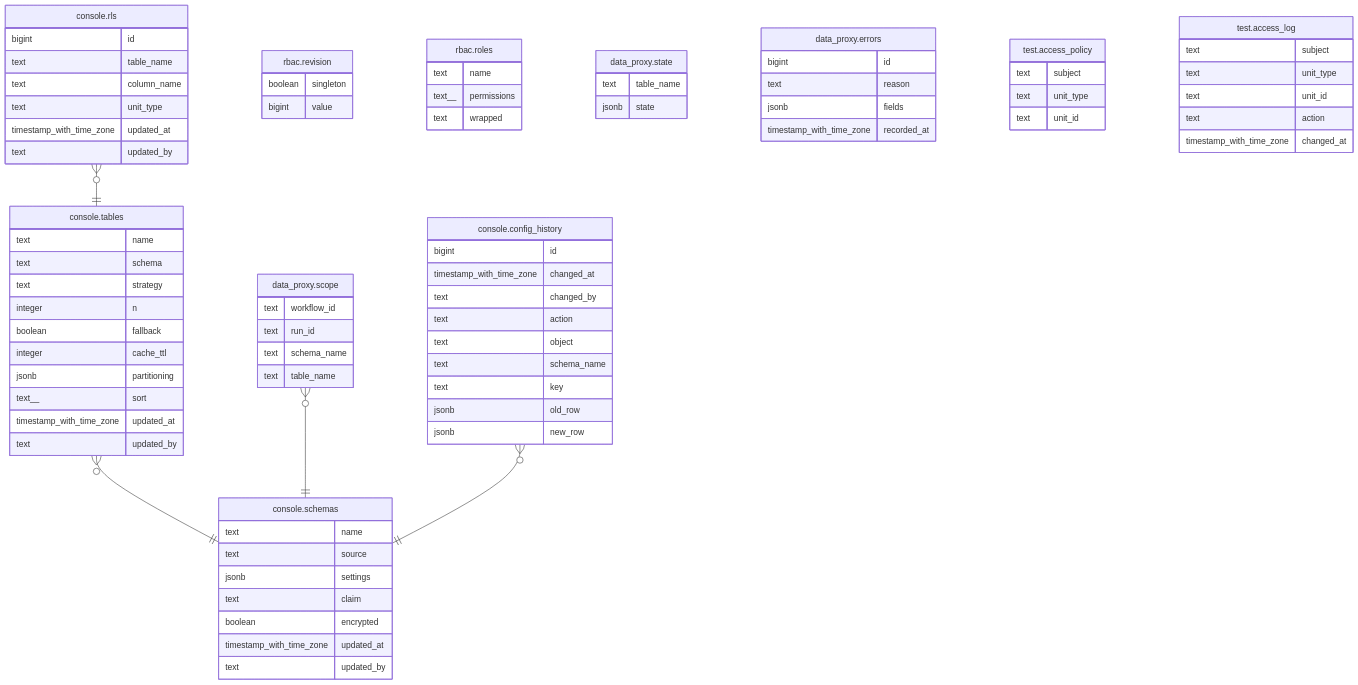
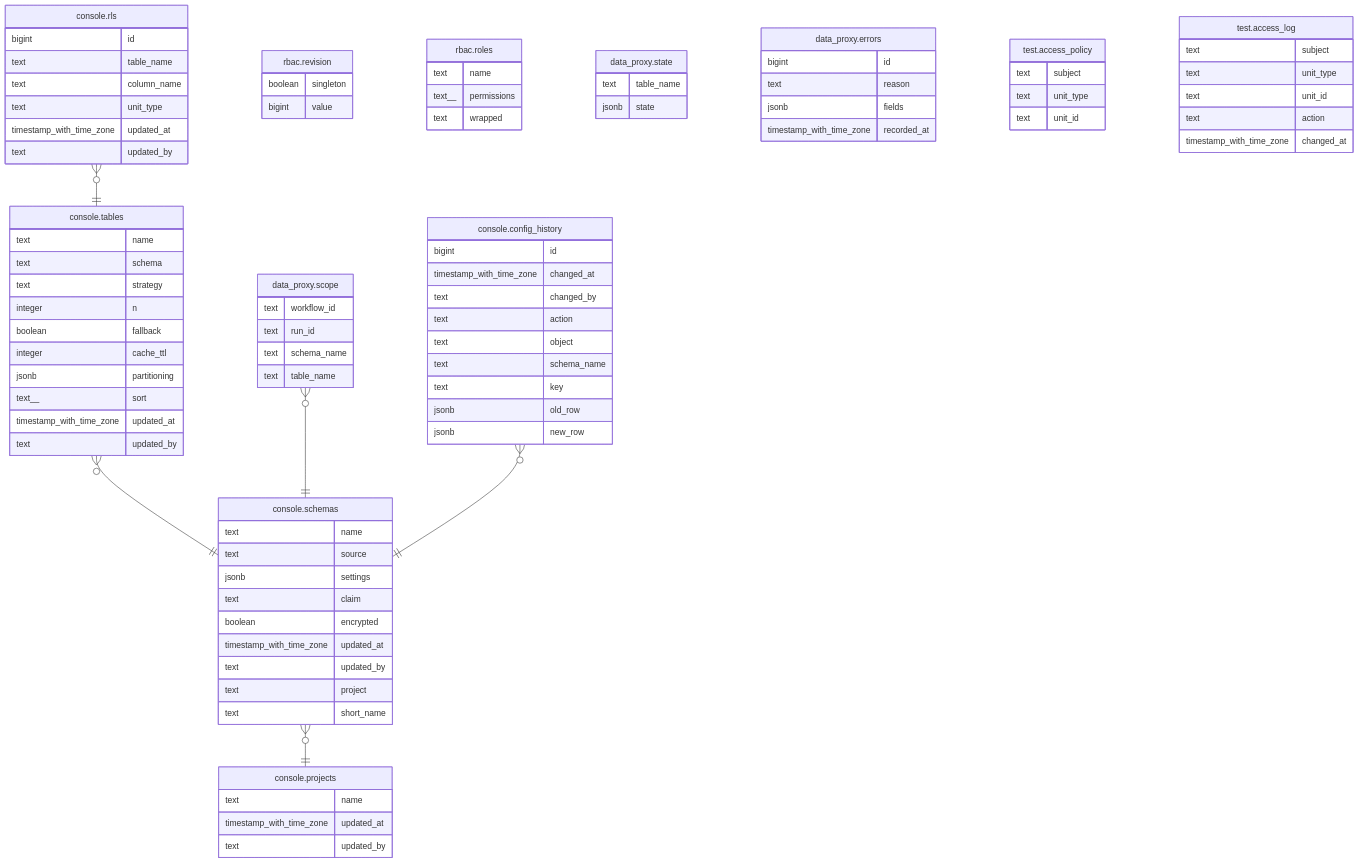
Before and after one commit to prefeitura-rio/data-proxy: the diagram in docs/diagrams/application.mmd, drawn with Mermaid. The commit also changed 38 other files, not shown here.

First line of the commit message:
feat(console): add projects above schemas

```diff
--- a/docs/diagrams/application.mmd
+++ b/docs/diagrams/application.mmd
@@ -1,84 +1,92 @@
 erDiagram
 
+"console.schemas" }o--|| "console.projects" : ""
 "console.tables" }o--|| "console.schemas" : ""
 "console.rls" }o--|| "console.tables" : ""
 "data_proxy.scope" }o--|| "console.schemas" : ""
 "console.config_history" }o--|| "console.schemas" : ""
 
 "rbac.revision" {
   boolean singleton
   bigint value
 }
 "rbac.roles" {
   text name
   text__ permissions
   text wrapped
 }
 "data_proxy.state" {
   text table_name
   jsonb state
 }
 "data_proxy.errors" {
   bigint id
   text reason
   jsonb fields
   timestamp_with_time_zone recorded_at
 }
 "data_proxy.scope" {
   text workflow_id
   text run_id
   text schema_name
   text table_name
 }
 "console.schemas" {
   text name
   text source
   jsonb settings
   text claim
   boolean encrypted
   timestamp_with_time_zone updated_at
   text updated_by
+  text project
+  text short_name
 }
 "console.tables" {
   text name
   text schema
   text strategy
   integer n
   boolean fallback
   integer cache_ttl
   jsonb partitioning
   text__ sort
   timestamp_with_time_zone updated_at
   text updated_by
 }
 "console.rls" {
   bigint id
   text table_name
   text column_name
   text unit_type
   timestamp_with_time_zone updated_at
   text updated_by
 }
 "console.config_history" {
   bigint id
   timestamp_with_time_zone changed_at
   text changed_by
   text action
   text object
   text schema_name
   text key
   jsonb old_row
   jsonb new_row
 }
+"console.projects" {
+  text name
+  timestamp_with_time_zone updated_at
+  text updated_by
+}
 "test.access_policy" {
   text subject
   text unit_type
   text unit_id
 }
 "test.access_log" {
   text subject
   text unit_type
   text unit_id
   text action
   timestamp_with_time_zone changed_at
 }
```
